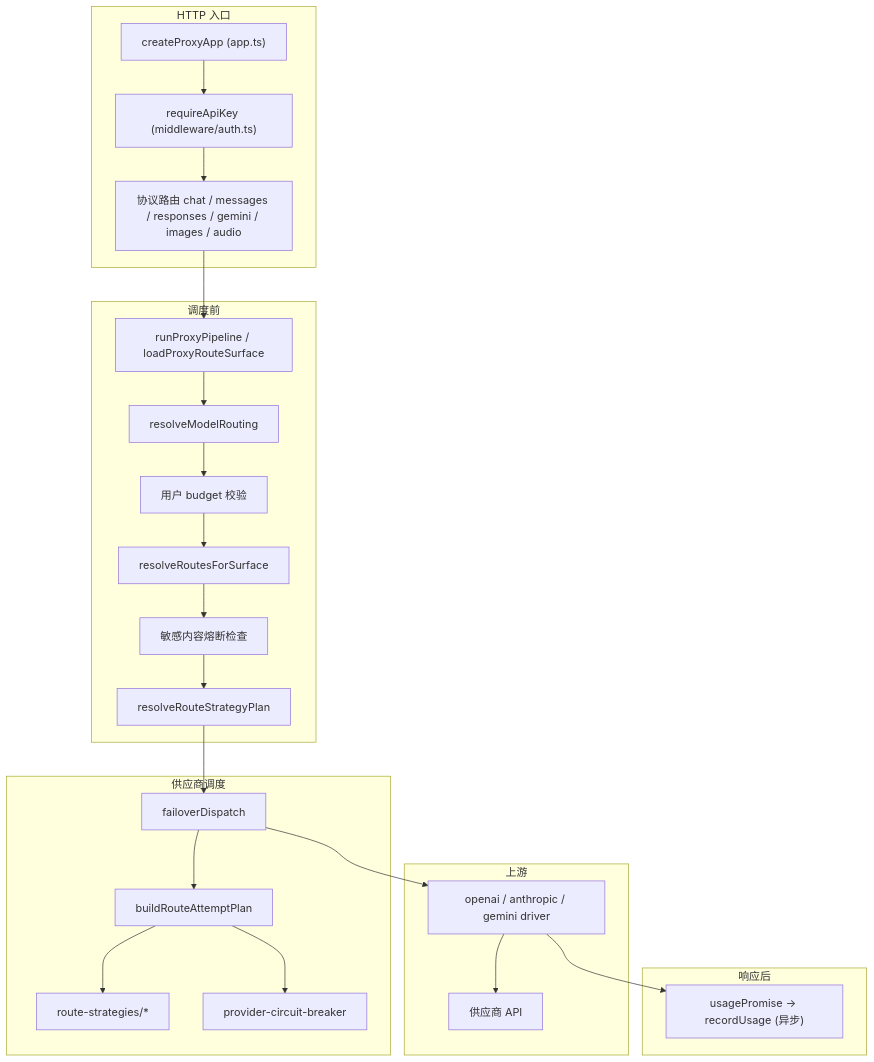
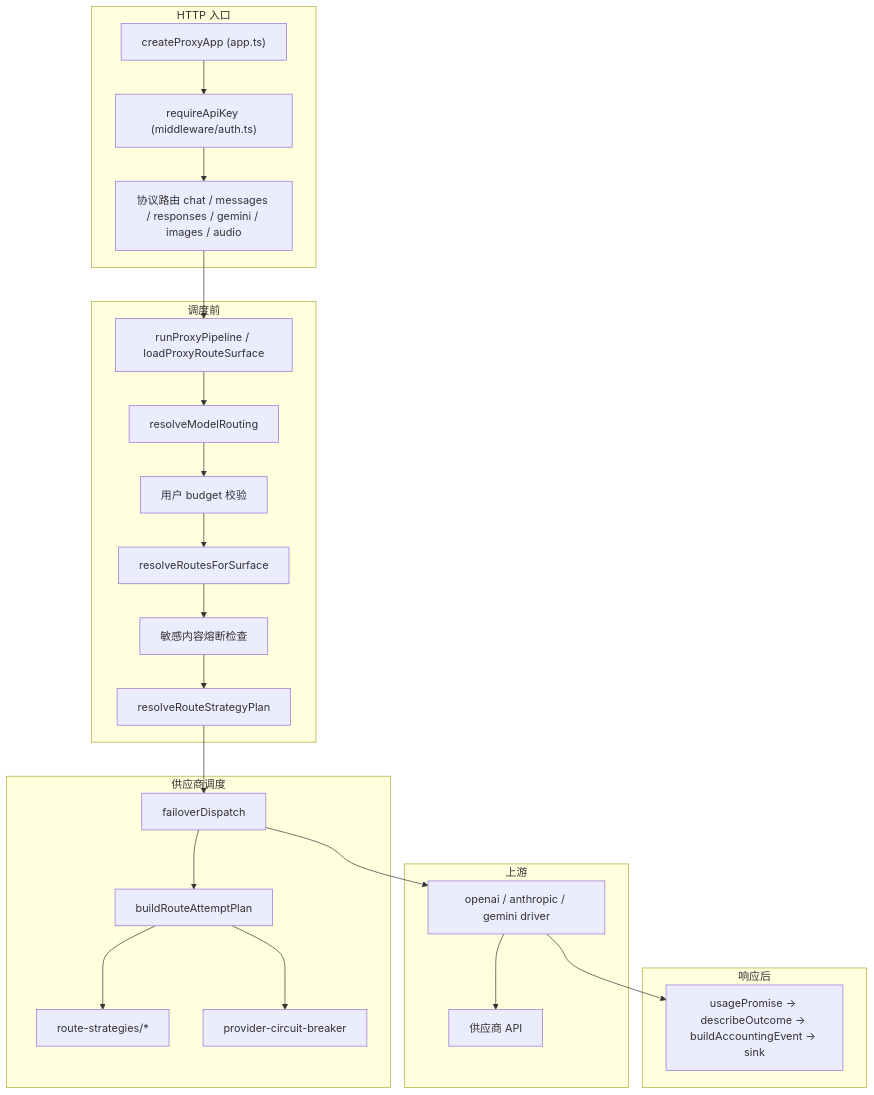
The first of 2 diagrams in docs/developers/architecture/proxy-request-lifecycle.md (OctaFuse/octafuse-gateway), drawn with Mermaid before and after one commit. The commit also changed other lines of this file and 16 other files, not shown here.

````diff
--- a/docs/developers/architecture/proxy-request-lifecycle.md
+++ b/docs/developers/architecture/proxy-request-lifecycle.md
@@ -28,41 +28,41 @@
 ```mermaid
 flowchart TB
   subgraph entry [HTTP 入口]
     app["createProxyApp (app.ts)"]
     auth["requireApiKey (middleware/auth.ts)"]
     route["协议路由 chat / messages / responses / gemini / images / audio"]
   end
 
   subgraph preDispatch [调度前]
     pipeline["runProxyPipeline / loadProxyRouteSurface"]
     model["resolveModelRouting"]
     surface["resolveRoutesForSurface"]
     budget["用户 budget 校验"]
     sensitive["敏感内容熔断检查"]
     strategy["resolveRouteStrategyPlan"]
   end
 
   subgraph dispatch [供应商调度]
     failover["failoverDispatch"]
     planner["buildRouteAttemptPlan"]
     strategies["route-strategies/*"]
     breaker["provider-circuit-breaker"]
   end
 
   subgraph upstream [上游]
     driver["openai / anthropic / gemini driver"]
     provider["供应商 API"]
   end
 
   subgraph post [响应后]
-    usage["usagePromise → recordUsage (异步)"]
+    usage["usagePromise → describeOutcome → buildAccountingEvent → sink"]
   end
 
   app --> auth --> route --> pipeline
   pipeline --> model --> budget --> surface --> sensitive --> strategy --> failover
   failover --> planner
   planner --> strategies
   planner --> breaker
   failover --> driver --> provider
   driver --> usage
 ```
````
